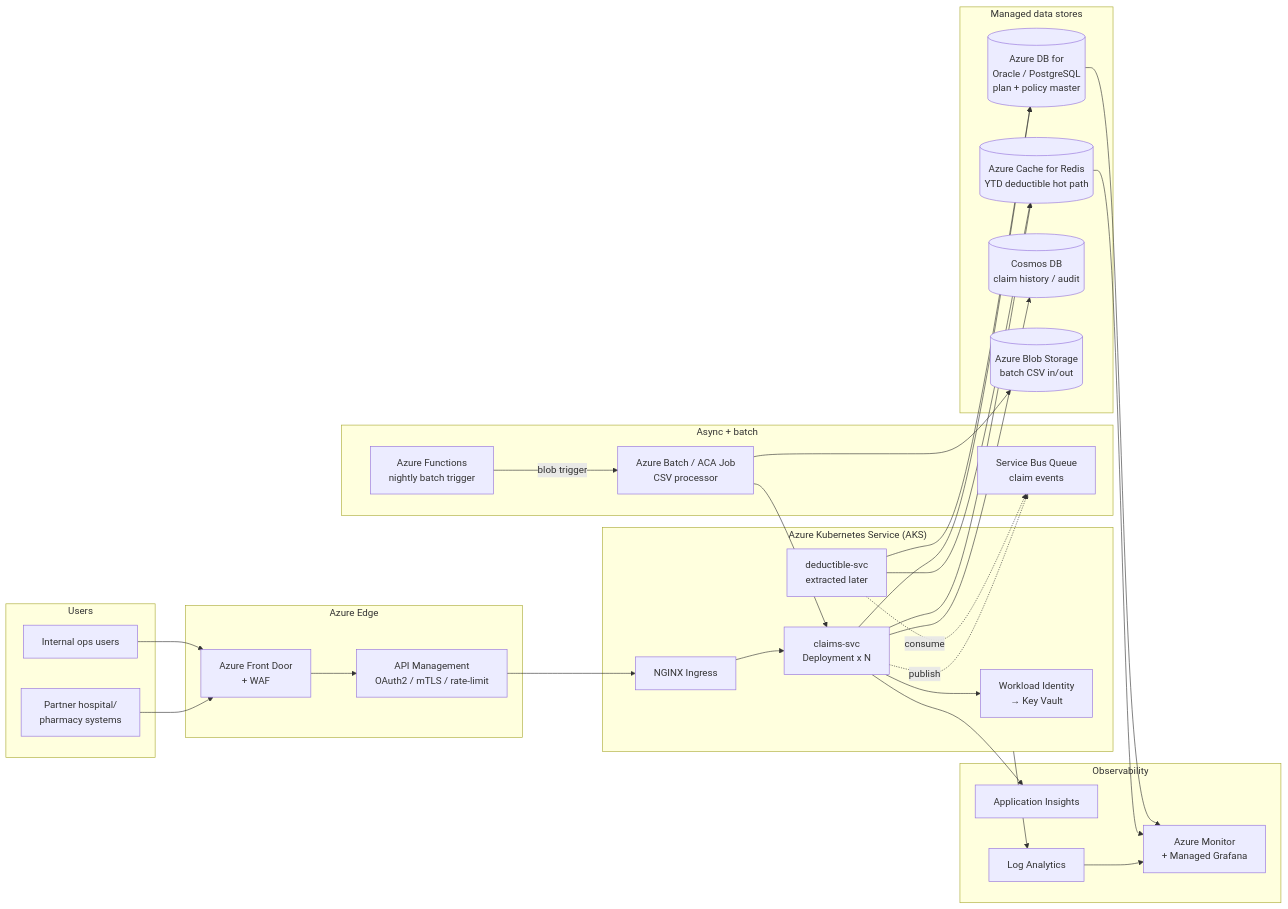
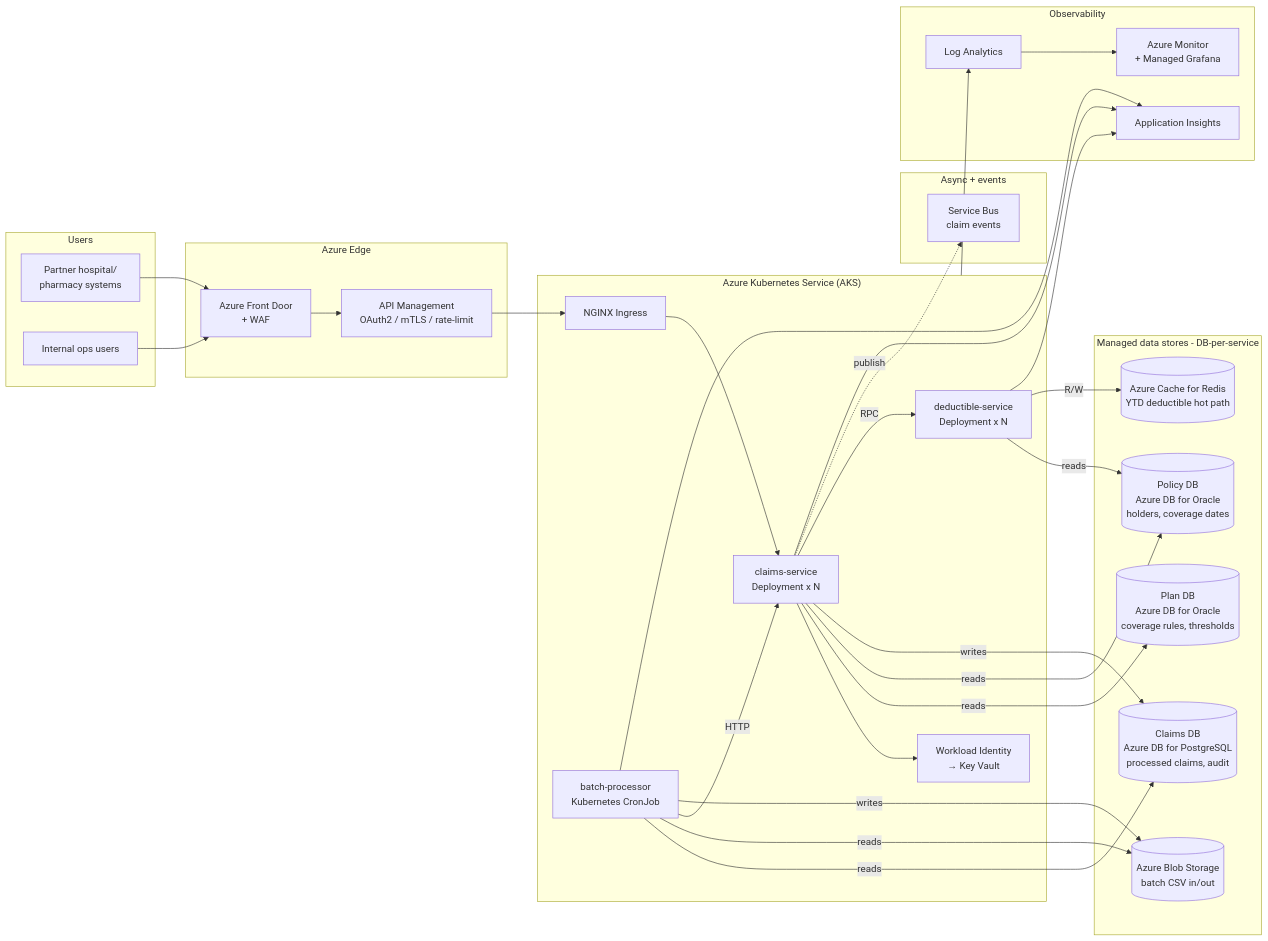
Before and after one commit to lokeshjpt/claims-svc: the seventh of 12 diagrams in ClaimsProcessor_DesignDocument.md, drawn with Mermaid. The commit also changed other lines of this file and 14 other files, not shown here.

````diff
--- a/ClaimsProcessor_DesignDocument.md
+++ b/ClaimsProcessor_DesignDocument.md
@@ -582,56 +630,57 @@
 ```mermaid
 flowchart LR
     subgraph Users
       P[Partner hospital/<br/>pharmacy systems]
       O[Internal ops users]
     end
 
     subgraph EdgeAz["Azure Edge"]
       FD[Azure Front Door<br/>+ WAF]
       APIM[API Management<br/>OAuth2 / mTLS / rate-limit]
     end
 
     subgraph AKS["Azure Kubernetes Service (AKS)"]
       ING[NGINX Ingress]
-      SVC1[claims-svc<br/>Deployment x N]
-      SVC2[deductible-svc<br/>extracted later]
+      SVC1[claims-service<br/>Deployment x N]
+      SVC2[deductible-service<br/>Deployment x N]
+      CJ[batch-processor<br/>Kubernetes CronJob]
       KV[Workload Identity<br/>→ Key Vault]
     end
 
-    subgraph Data["Managed data stores"]
-      ORA[(Azure DB for<br/>Oracle / PostgreSQL<br/>plan + policy master)]
+    subgraph Data["Managed data stores - DB-per-service"]
+      PLAN[(Plan DB<br/>Azure DB for Oracle<br/>coverage rules, thresholds)]
+      POL[(Policy DB<br/>Azure DB for Oracle<br/>holders, coverage dates)]
+      CLM[(Claims DB<br/>Azure DB for PostgreSQL<br/>processed claims, audit)]
       REDIS[(Azure Cache for Redis<br/>YTD deductible hot path)]
-      COSMOS[(Cosmos DB<br/>claim history / audit)]
       BLOB[(Azure Blob Storage<br/>batch CSV in/out)]
     end
 
-    subgraph Async["Async + batch"]
-      SB[Service Bus Queue<br/>claim events]
-      FUNC[Azure Functions<br/>nightly batch trigger]
-      AB[Azure Batch / ACA Job<br/>CSV processor]
+    subgraph Async["Async + events"]
+      SB[Service Bus<br/>claim events]
     end
 
     subgraph Obs["Observability"]
       AI[Application Insights]
       LA[Log Analytics]
       MON[Azure Monitor<br/>+ Managed Grafana]
     end
 
     P --> FD --> APIM --> ING --> SVC1
     O --> FD
     SVC1 --> KV
-    SVC1 --> ORA
-    SVC1 --> REDIS
-    SVC1 --> COSMOS
+    SVC1 -->|reads| PLAN
+    SVC1 -->|reads| POL
+    SVC1 -->|writes| CLM
+    SVC1 -->|RPC| SVC2
+    SVC2 -->|reads| POL
+    SVC2 -->|R/W| REDIS
     SVC1 -.publish.-> SB
-    SVC2 -.consume.-> SB
-    SVC2 --> REDIS
-    SVC2 --> ORA
-    FUNC -->|blob trigger| AB
-    AB --> BLOB
-    AB --> SVC1
+    CJ -->|reads| CLM
+    CJ -->|reads| BLOB
+    CJ -->|HTTP| SVC1
+    CJ -->|writes| BLOB
     SVC1 --> AI
+    SVC2 --> AI
+    CJ --> AI
     AKS --> LA --> MON
-    REDIS --> MON
-    ORA --> MON
 ```
````
